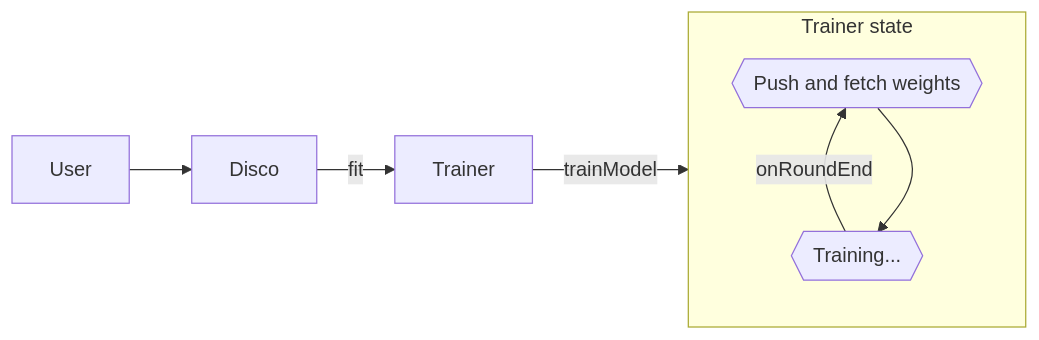
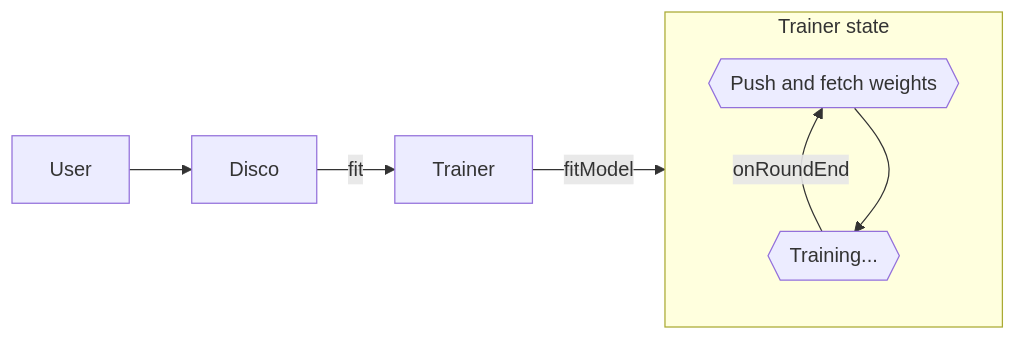
Before and after one commit to epfml/disco: the second of 5 diagrams in docs/DISCOJS.md, drawn with Mermaid. The commit also changed other lines of this file, not shown here.

````diff
--- a/docs/DISCOJS.md
+++ b/docs/DISCOJS.md
@@ -138,9 +148,9 @@
 ```mermaid
 flowchart LR
-    User-->Disco-->|fit|Trainer-->|trainModel|state
+    User-->Disco-->|fit|Trainer-->|fitModel|state
     subgraph state [Trainer state]
     direction BT
     id1{{Training...}}-->|onRoundEnd|id2{{Push and fetch weights}}
     id2-->id1
     end
 ```
````
